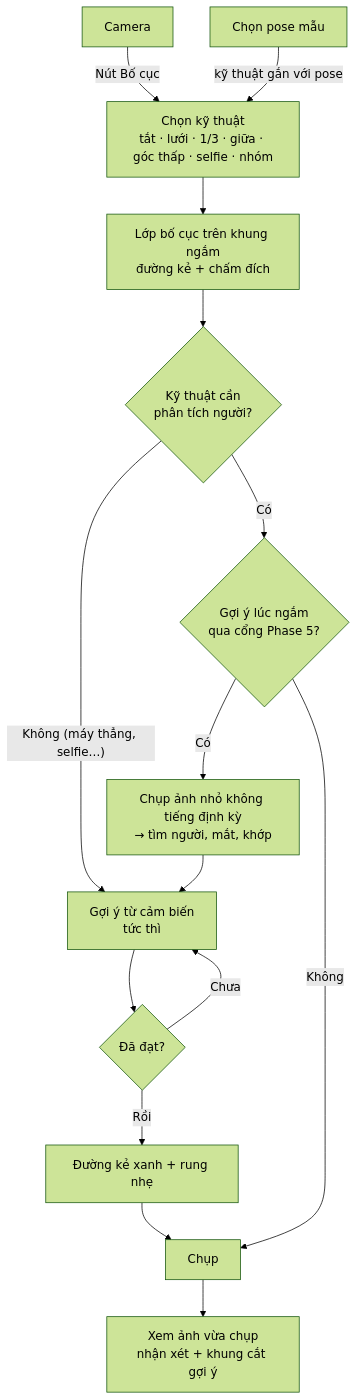
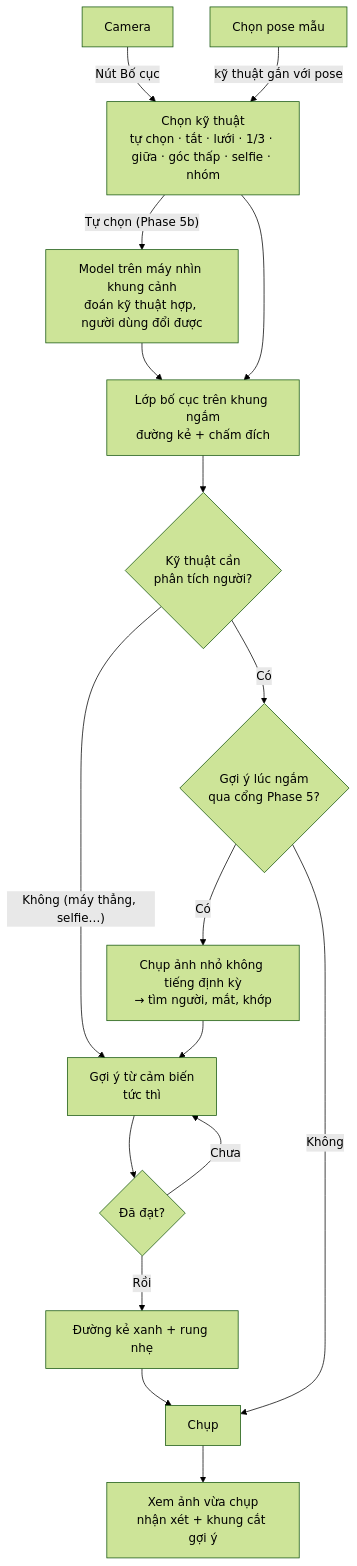
One commit to tktnq2004/TakeASnap changed the fourth of 7 diagrams in docs/business-flow.md. Above: the diagram before and after it, drawn with Mermaid (forest theme). The commit also changed other lines of this file and 5 other files, not shown here.

First line of the commit message:
docs: thêm Phase 5b — tự chọn kỹ thuật bố cục bằng model tự huấn luyện

````diff
--- a/docs/business-flow.md
+++ b/docs/business-flow.md
@@ -254,17 +254,19 @@
 ```mermaid
 flowchart TD
-    CAM[Camera] -- "Nút Bố cục" --> PICK[Chọn kỹ thuật<br/>tắt · lưới · 1/3 · giữa · góc thấp · selfie · nhóm]
+    CAM[Camera] -- "Nút Bố cục" --> PICK[Chọn kỹ thuật<br/>tự chọn · tắt · lưới · 1/3 · giữa · góc thấp · selfie · nhóm]
+    PICK -- "Tự chọn (Phase 5b)" --> AUTO[Model trên máy nhìn khung cảnh<br/>đoán kỹ thuật hợp, người dùng đổi được]
+    AUTO --> GUIDE
     POSE[Chọn pose mẫu] -- "kỹ thuật gắn với pose" --> PICK
     PICK --> GUIDE[Lớp bố cục trên khung ngắm<br/>đường kẻ + chấm đích]
     GUIDE --> SENSE{Kỹ thuật cần<br/>phân tích người?}
     SENSE -- "Không (máy thẳng, selfie…)" --> HINT[Gợi ý từ cảm biến<br/>tức thì]
     SENSE -- "Có" --> LIVE{Gợi ý lúc ngắm<br/>qua cổng Phase 5?}
     LIVE -- "Có" --> ANALYZE[Chụp ảnh nhỏ không tiếng định kỳ<br/>→ tìm người, mắt, khớp]
     ANALYZE --> HINT
     LIVE -- "Không" --> SHOOT
     HINT --> OK{Đã đạt?}
     OK -- "Chưa" --> HINT
     OK -- "Rồi" --> GREEN[Đường kẻ xanh + rung nhẹ]
     GREEN --> SHOOT[Chụp]
     SHOOT --> REVIEW[Xem ảnh vừa chụp<br/>nhận xét + khung cắt gợi ý]
 ```
````
